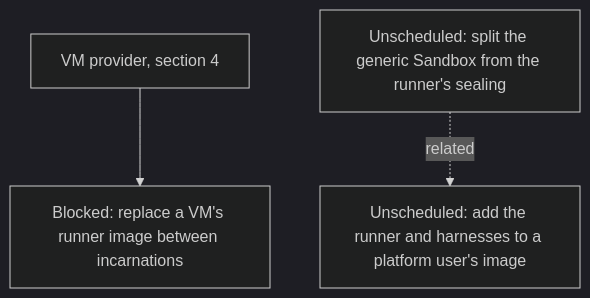
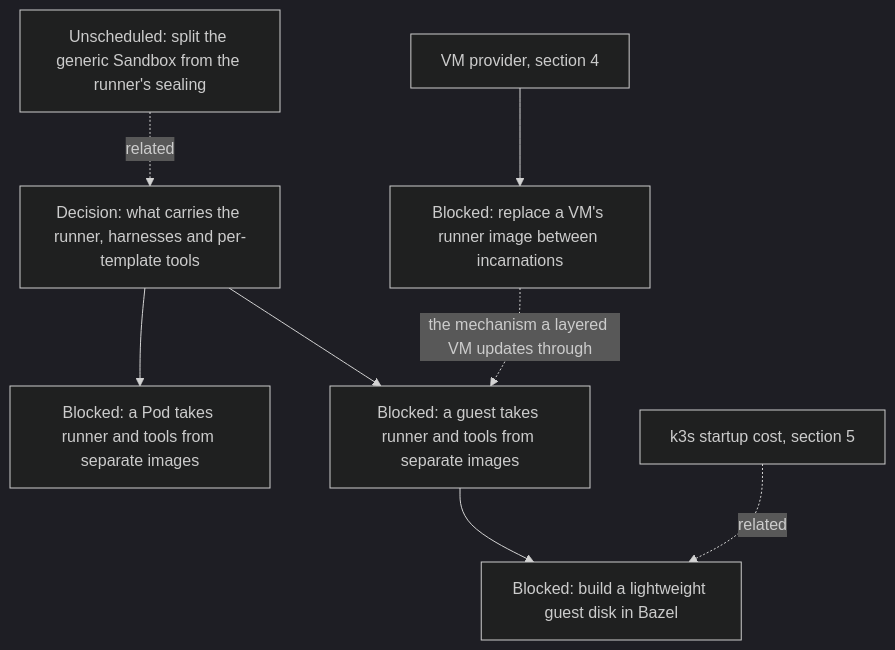
One commit to agentydragon-agent/ducktape changed diagram 11 of 15 in agentplane/plans/task_dag.md. Above: the diagram before and after it, drawn with Mermaid (dark theme). The commit also changed other lines of this file, not shown here.

First line of the commit message:
docs(agentplane): split runner/harness layering into a decision with Pod and VM halves

````diff
--- a/agentplane/plans/task_dag.md
+++ b/agentplane/plans/task_dag.md
@@ -858,7 +858,12 @@
 ```mermaid
 flowchart TD
     VM_PROVIDER[VM provider, section 4] --> SANDBOX_IMAGE_REPLACE[Blocked: replace a VM's runner image between incarnations]
     SANDBOX_GENERIC_SPLIT[Unscheduled: split the generic Sandbox from the runner's sealing]
-    SANDBOX_RUNNER_LAYERING[Unscheduled: add the runner and harnesses to a platform user's image]
-    SANDBOX_GENERIC_SPLIT -. related .-> SANDBOX_RUNNER_LAYERING
+    RUNNER_IMAGE_LAYERING_DESIGN[Decision: what carries the runner, harnesses and per-template tools]
+    SANDBOX_GENERIC_SPLIT -. related .-> RUNNER_IMAGE_LAYERING_DESIGN
+    RUNNER_IMAGE_LAYERING_DESIGN --> RUNNER_LAYERING_POD[Blocked: a Pod takes runner and tools from separate images]
+    RUNNER_IMAGE_LAYERING_DESIGN --> RUNNER_LAYERING_VM[Blocked: a guest takes runner and tools from separate images]
+    RUNNER_LAYERING_VM --> K3S_VM_IMAGE[Blocked: build a lightweight guest disk in Bazel]
+    SANDBOX_IMAGE_REPLACE -. the mechanism a layered VM updates through .-> RUNNER_LAYERING_VM
+    K3S_STARTUP_COST[k3s startup cost, section 5] -. related .-> K3S_VM_IMAGE
 ```
````
